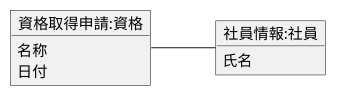
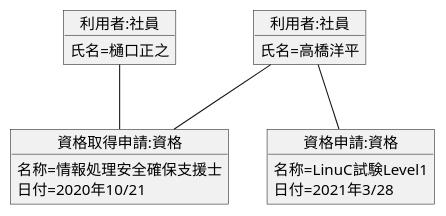
One commit to aikurusii/uml_introduction changed the diagram in 演習3-6_OBJ_資格取得のオブジェクト図.pu. Above: the diagram before and after it, drawn with PlantUML. The commit also changed 1 other file, not shown here.

```diff
--- a/演習3-6_OBJ_資格取得のオブジェクト図.pu
+++ b/演習3-6_OBJ_資格取得のオブジェクト図.pu
@@ -1,11 +1,20 @@
-@startuml kuruma
-left to right direction
+@startuml 資格取得
 object "資格取得申請:資格" as  a{
-名称
-日付
+名称=情報処理安全確保支援士
+日付=2020年10/21
 }
-object "社員情報:社員" as b {
-氏名
+object "利用者:社員" as b {
+氏名=高橋洋平
 }
-a -- b
+object "利用者:社員" as c {
+氏名=樋口正之
+}
+
+object "資格申請:資格" as  d{
+名称=LinuC試験Level1
+日付=2021年3/28
+}
+b -- a
+c -- a
+b -- d
 @enduml
```
